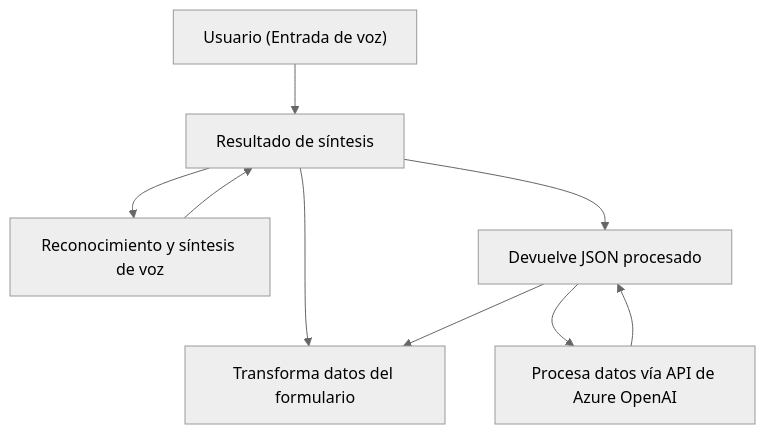
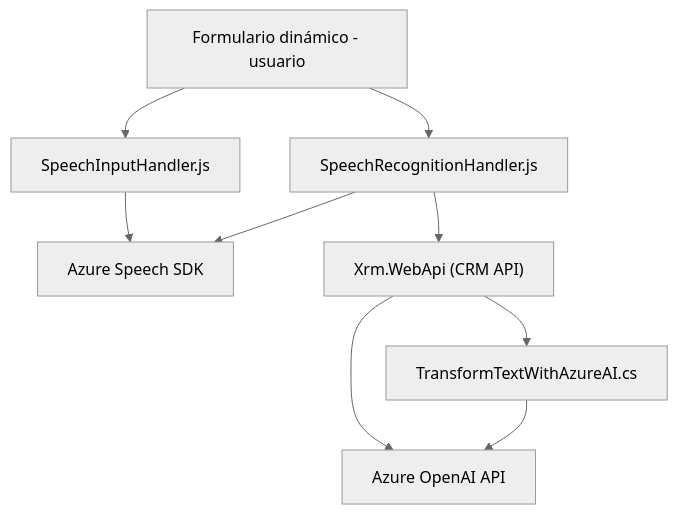
Before and after one commit to blopezdm/NETCORE_BILBAO2025: the diagram in README.md, drawn with Mermaid (neutral theme). The commit also changed other lines of this file, not shown here.

````diff
--- a/README.md
+++ b/README.md
@@ -55,19 +46,19 @@
 ```mermaid
 graph TD
-    A["Frontend JS (VoiceInputHandler.js y SpeechForm.js)"]
-    B["Azure Speech SDK"]
-    C["Dynamics 365 FormContext"]
-    D["Plugins Backend (TransformTextWithAzureAI.cs)"]
-    E["Azure OpenAI API"]
-    F["Usuario (Entrada de voz)"]
+    A["Formulario dinámico - usuario"]
+    B["SpeechInputHandler.js"]
+    C["SpeechRecognitionHandler.js"]
+    D["Azure Speech SDK"]
+    E["TransformTextWithAzureAI.cs"]
+    F["Xrm.WebApi (CRM API)"]
+    G["Azure OpenAI API"]
 
-    F --> A["Procesa entrada de voz"]
-    A --> B["Reconocimiento y síntesis de voz"]
-    A --> C["Accede a datos del formulario"]
-    B --> A["Resultado de síntesis"]
-    D --> C["Transforma datos del formulario"]
-    A --> D["Envía datos reconocidos del frontend"]
-    D --> E["Procesa datos vía API de Azure OpenAI"]
-    E --> D["Devuelve JSON procesado"]
-
+    A --> B
+    B --> D
+    A --> C
+    C --> D
+    C --> F
+    F --> G
+    F --> E
+    E --> G
 ```
````
